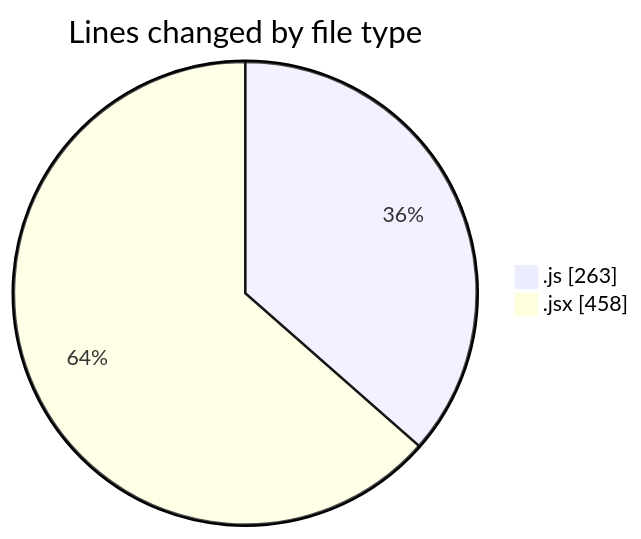
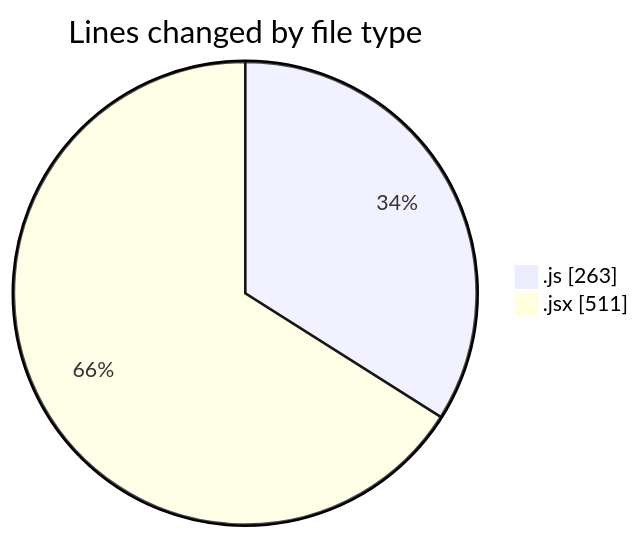
Before and after one commit to nxtqubesakshisongat/code-tracking: the first of 2 diagrams in 2025-05-31/nxtqube_webapp/README.md, drawn with Mermaid. The commit also changed other lines of this file and 1 other file, not shown here.

````diff
--- a/2025-05-31/nxtqube_webapp/README.md
+++ b/2025-05-31/nxtqube_webapp/README.md
@@ -23,6 +23,6 @@
 ```mermaid
 pie showData
 title Lines changed by file type
 ".js" : 263
-".jsx" : 458
+".jsx" : 511
 ```
````
